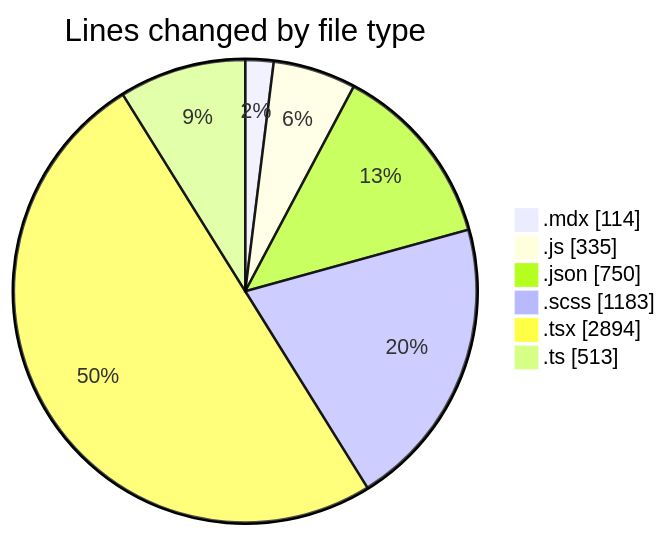
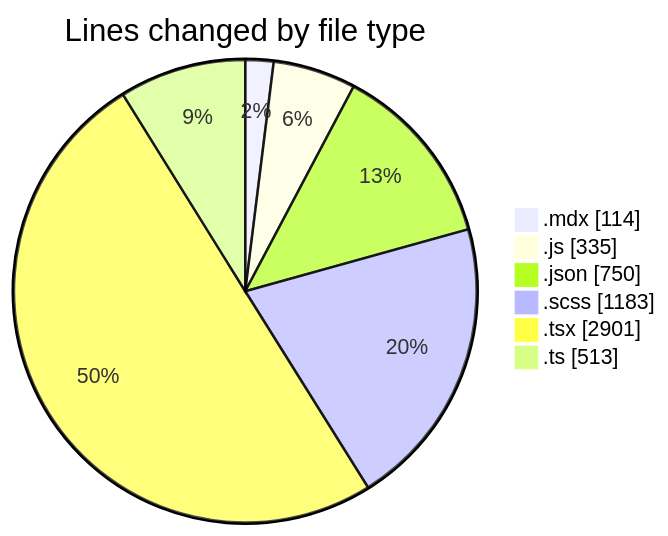
Before and after one commit to momahboobian/code-tracking: the first of 2 diagrams in 2026-08-13/cda/README.md, drawn with Mermaid. The commit also changed other lines of this file and 1 other file, not shown here.

````diff
--- a/2026-08-13/cda/README.md
+++ b/2026-08-13/cda/README.md
@@ -46,10 +46,10 @@
 ```mermaid
 pie showData
 title Lines changed by file type
 ".mdx" : 114
 ".js" : 335
 ".json" : 750
 ".scss" : 1183
-".tsx" : 2894
+".tsx" : 2901
 ".ts" : 513
 ```
````
